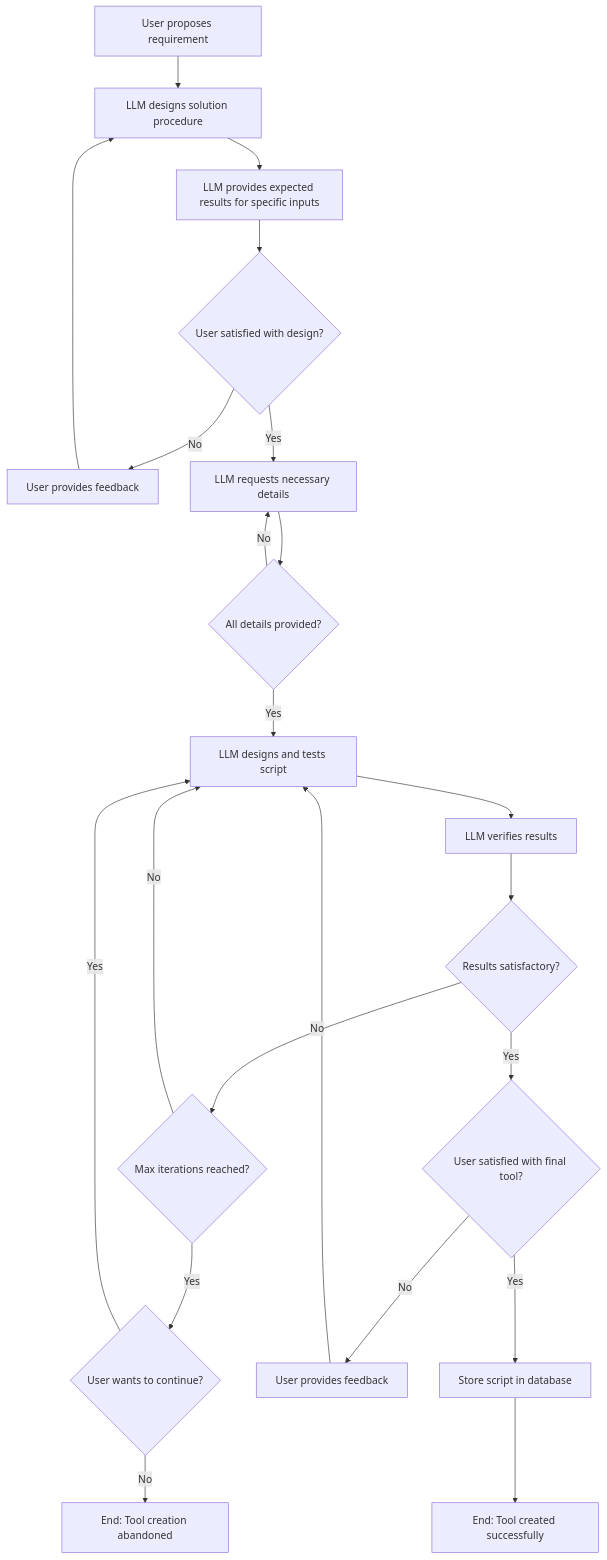
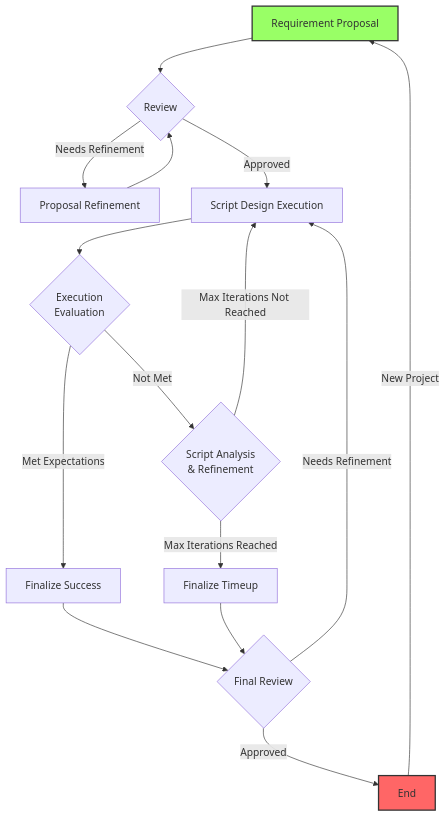
One commit to GEAPS/LLMToolCraft changed the diagram in README.md. Above: the diagram before and after it, drawn with Mermaid. The commit also changed other lines of this file, not shown here.

````diff
--- a/README.md
+++ b/README.md
@@ -69,24 +79,19 @@
 ```mermaid
 flowchart TD
-    A[User proposes requirement] --> B[LLM designs solution procedure]
-    B --> C[LLM provides expected results for specific inputs]
-    C --> D{User satisfied with design?}
-    D -->|No| E[User provides feedback]
-    E --> B
-    D -->|Yes| F[LLM requests necessary details]
-    F --> G{All details provided?}
-    G -->|No| F
-    G -->|Yes| H[LLM designs and tests script]
-    H --> I[LLM verifies results]
-    I --> J{Results satisfactory?}
-    J -->|No| K{Max iterations reached?}
-    K -->|No| H
-    K -->|Yes| L{User wants to continue?}
-    L -->|Yes| H
-    L -->|No| M[End: Tool creation abandoned]
-    J -->|Yes| N{User satisfied with final tool?}
-    N -->|No| O[User provides feedback]
-    O --> H
-    N -->|Yes| P[Store script in database]
-    P --> Q[End: Tool created successfully]
+    A[Requirement Proposal]:::startState --> B{Review}
+    B -->|Needs Refinement| C[Proposal Refinement]
+    C --> B
+    B -->|Approved| D[Script Design Execution]
+    D --> E{Execution<br>Evaluation}
+    E -->|Met Expectations| F[Finalize Success]
+    E -->|Not Met| G{Script Analysis <br>& Refinement}
+    G -->|Max Iterations Not Reached| D
+    G -->|Max Iterations Reached| H[Finalize Timeup]
+    F --> I{Final Review}
+    H --> I
+    I -->|Needs Refinement| D
+    I -->|Approved| J[End]:::endState
+    J -->|New Project| A
+    classDef startState fill:#9f6,stroke:#333,stroke-width:2px;
+    classDef endState fill:#f66,stroke:#333,stroke-width:2px;
 ```
````
